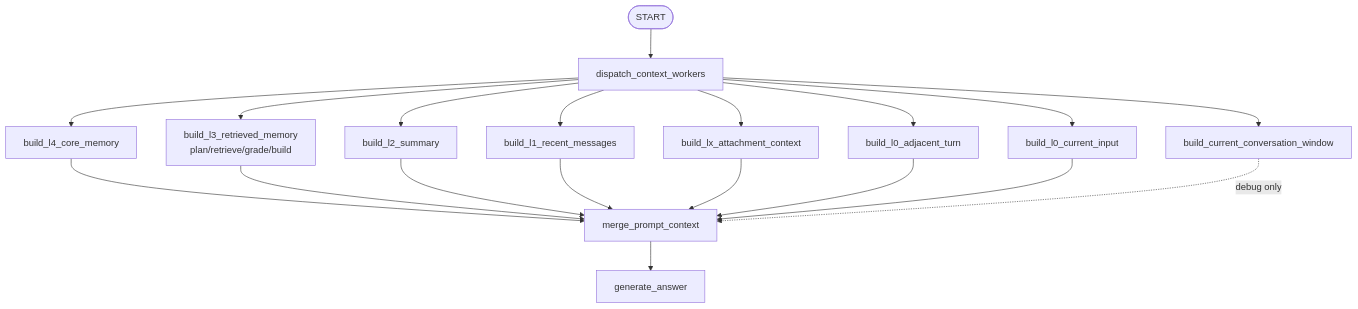
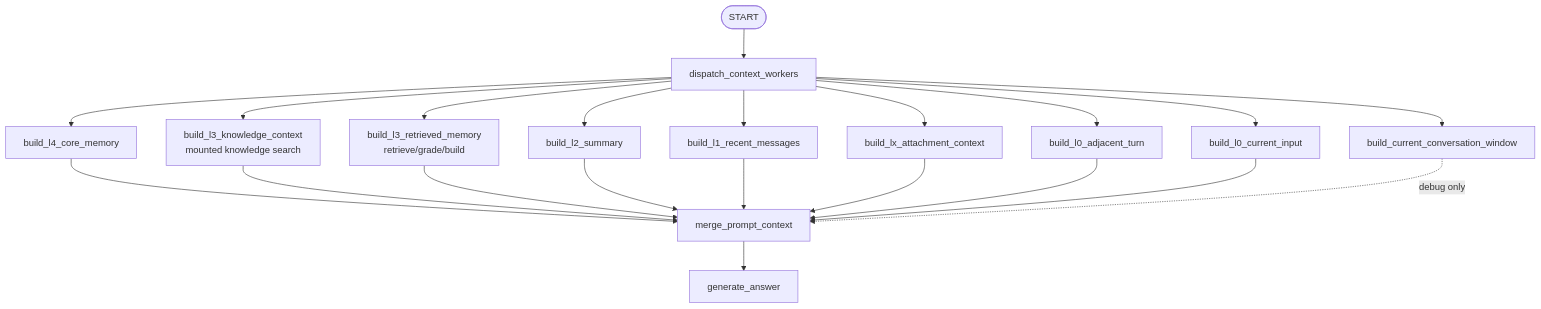
One commit to LiuJiaxuan1024/AiMemo changed the second of 2 diagrams in docs/agent/context-pyramid.md. Above: the diagram before and after it, drawn with Mermaid. The commit also changed other lines of this file and 9 other files, not shown here.

````diff
--- a/docs/agent/context-pyramid.md
+++ b/docs/agent/context-pyramid.md
@@ -117,22 +125,24 @@
 ```mermaid
 flowchart TD
     Start([START]) --> Dispatch[dispatch_context_workers]
     Dispatch --> L4Worker[build_l4_core_memory]
-    Dispatch --> L3Worker[build_l3_retrieved_memory<br/>plan/retrieve/grade/build]
+    Dispatch --> K3Worker[build_l3_knowledge_context<br/>mounted knowledge search]
+    Dispatch --> L3Worker[build_l3_retrieved_memory<br/>retrieve/grade/build]
     Dispatch --> L2Worker[build_l2_summary]
     Dispatch --> L1Worker[build_l1_recent_messages]
     Dispatch --> LXWorker[build_lx_attachment_context]
     Dispatch --> L05Worker[build_l0_adjacent_turn]
     Dispatch --> L0Worker[build_l0_current_input]
     Dispatch --> WindowWorker[build_current_conversation_window]
 
     L4Worker --> Merge[merge_prompt_context]
+    K3Worker --> Merge
     L3Worker --> Merge
     L2Worker --> Merge
     L1Worker --> Merge
     LXWorker --> Merge
     L05Worker --> Merge
     L0Worker --> Merge
     WindowWorker -. debug only .-> Merge
     Merge --> Generate[generate_answer]
 ```
````
